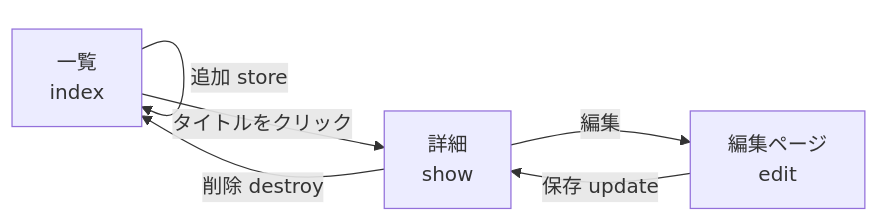
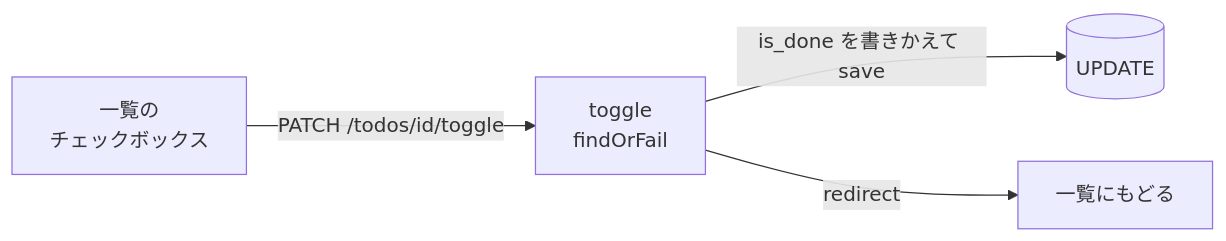
Before and after one commit to hakobunet/iica-koyama: the fifth of 5 diagrams in docs/1年生_データ設計とアプリ開発/後期/20261029/20261029_資料_2.md, drawn with Mermaid. The commit also changed other lines of this file and 5 other files, not shown here.

````diff
--- a/docs/1年生_データ設計とアプリ開発/後期/20261029/20261029_資料_2.md
+++ b/docs/1年生_データ設計とアプリ開発/後期/20261029/20261029_資料_2.md
@@ -238,8 +346,6 @@
 ```mermaid
 graph LR
-    L[一覧<br>index] -->|追加 store| L
-    L -->|タイトルをクリック| S[詳細<br>show]
-    S -->|編集| E[編集ページ<br>edit]
-    E -->|保存 update| S
-    S -->|削除 destroy| L
+    C[一覧の<br>チェックボックス] -->|"PATCH /todos/id/toggle"| T[toggle<br>findOrFail]
+    T -->|"is_done を書きかえて save"| D[(UPDATE)]
+    T -->|redirect| L[一覧にもどる]
 ```
````
